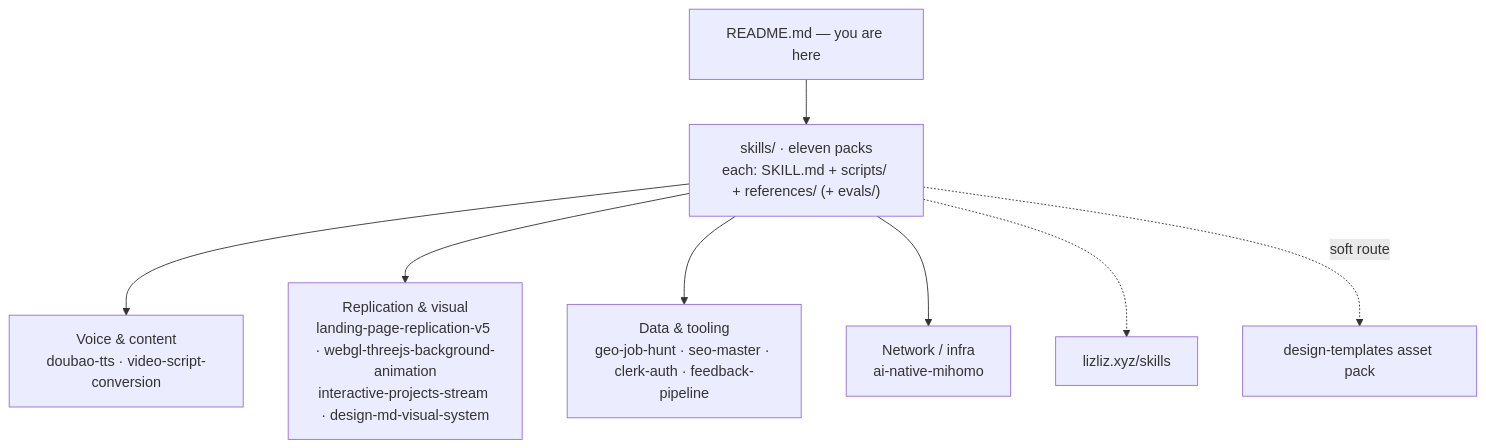
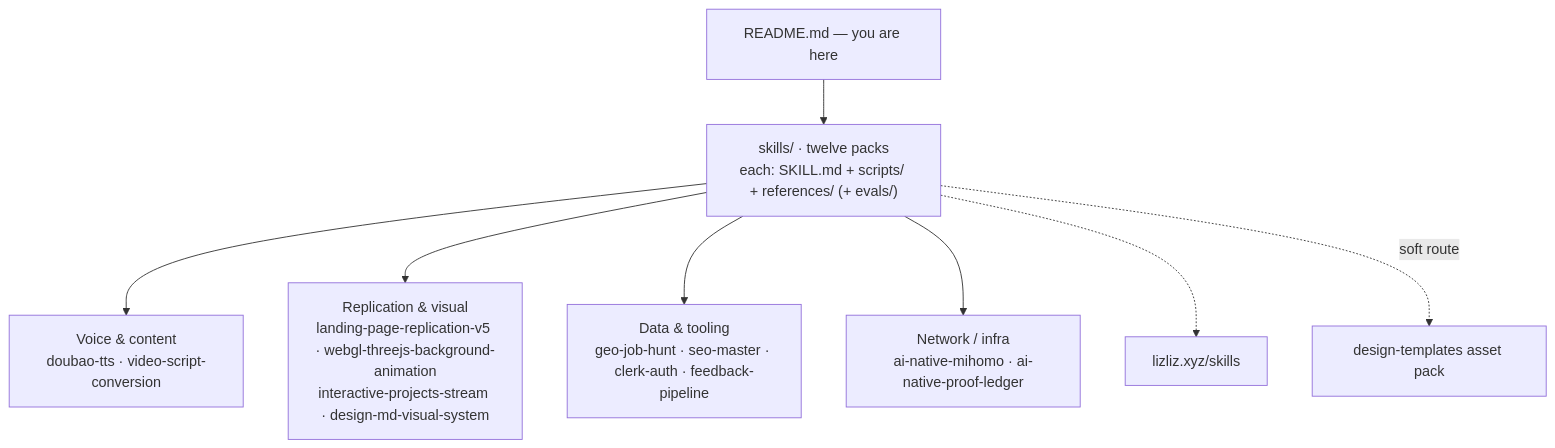
One commit to hanzili/agent-skills changed the diagram in README.md. Above: the diagram before and after it, drawn with Mermaid. The commit also changed other lines of this file and 5 other files, not shown here.

Commit message:
Add AI-native proof ledger skill

````diff
--- a/README.md
+++ b/README.md
@@ -7,10 +7,10 @@
 ```mermaid
 graph TD
-    README["README.md — you are here"] --> SKILLS["skills/ · eleven packs<br/>each: SKILL.md + scripts/ + references/ (+ evals/)"]
+    README["README.md — you are here"] --> SKILLS["skills/ · twelve packs<br/>each: SKILL.md + scripts/ + references/ (+ evals/)"]
     SKILLS --> VOICE["Voice & content<br/>doubao-tts · video-script-conversion"]
     SKILLS --> VISUAL["Replication & visual<br/>landing-page-replication-v5 · webgl-threejs-background-animation<br/>interactive-projects-stream · design-md-visual-system"]
     SKILLS --> TOOLS["Data & tooling<br/>geo-job-hunt · seo-master · clerk-auth · feedback-pipeline"]
-    SKILLS --> NET["Network / infra<br/>ai-native-mihomo"]
+    SKILLS --> NET["Network / infra<br/>ai-native-mihomo · ai-native-proof-ledger"]
     SKILLS -.-> SITE["lizliz.xyz/skills"]
     SKILLS -.->|"soft route"| DT["design-templates asset pack"]
 ```
````
